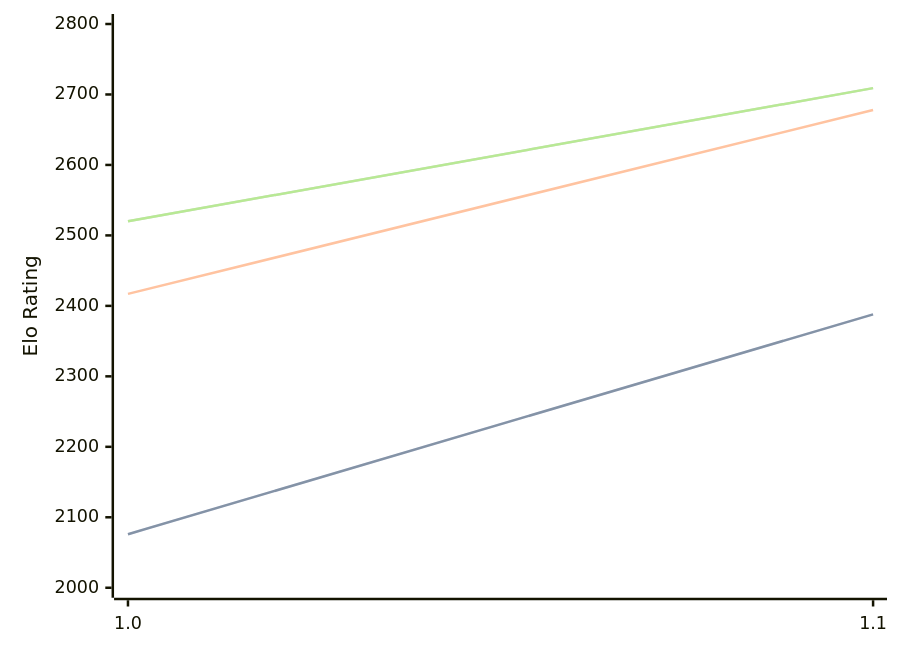
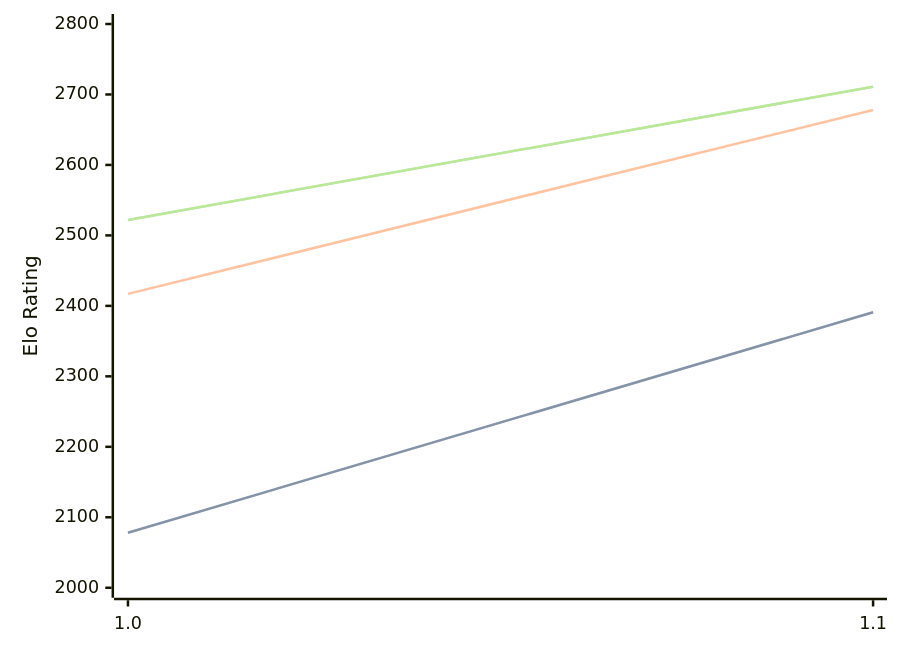
Before and after one commit to computer-chess-index/cci: the diagram in engines/Erinn.md, drawn with Mermaid. The commit also changed other lines of this file, not shown here.

Commit message:
Update CCI Ratings (ELO VLTC) - 2026-07-24

````diff
--- a/engines/Erinn.md
+++ b/engines/Erinn.md
@@ -32,11 +32,11 @@
 ```mermaid
 %%{init: {"theme":"base","themeVariables":{"seriesColors:['#a3a3a3','#222221','#faa371']}}}%%
 xychart-beta
   x-axis ["1.0", "1.1"]
   y-axis "Elo Rating" 2000 --> 2800
-  line "STC (8.0+0.08s)" [2076, 2388]
-  line "STC (8.0+0.08s)" [2076, 2388]
+  line "STC (8.0+0.08s)" [2078, 2391]
+  line "STC (8.0+0.08s)" [2078, 2391]
   line "LTC (60.0+0.60s)" [2417, 2678]
-  line "VLTC (2m24s+1.12s)" [2520, 2709]
-  line "VLTC (2m24s+1.12s)" [2520, 2709]
+  line "VLTC (2m24s+1.12s)" [2522, 2711]
+  line "VLTC (2m24s+1.12s)" [2522, 2711]
 ```
````
